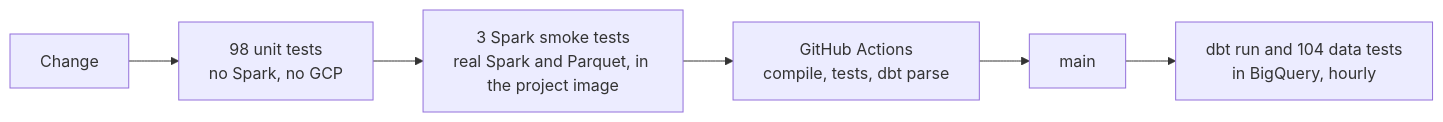
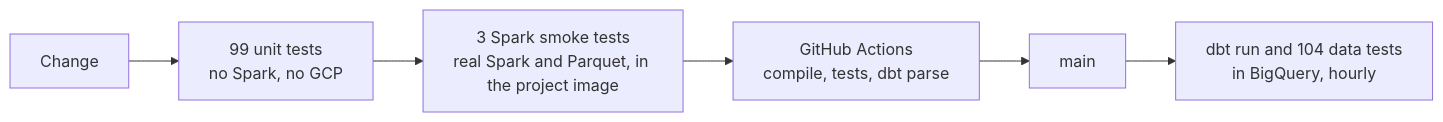
Before and after one commit to TomasRipsky/marineflow: the fifth of 5 diagrams in README.md, drawn with Mermaid. The commit also changed other lines of this file and 6 other files, not shown here.

````diff
--- a/README.md
+++ b/README.md
@@ -440,8 +440,8 @@
 ```mermaid
 flowchart LR
-    change["Change"] --> unit["98 unit tests<br/>no Spark, no GCP"]
+    change["Change"] --> unit["99 unit tests<br/>no Spark, no GCP"]
     unit --> smoke["3 Spark smoke tests<br/>real Spark and Parquet, in the project image"]
     smoke --> ci["GitHub Actions<br/>compile, tests, dbt parse"]
     ci --> main["main"]
     main --> dbt["dbt run and 104 data tests<br/>in BigQuery, hourly"]
 ```
````
